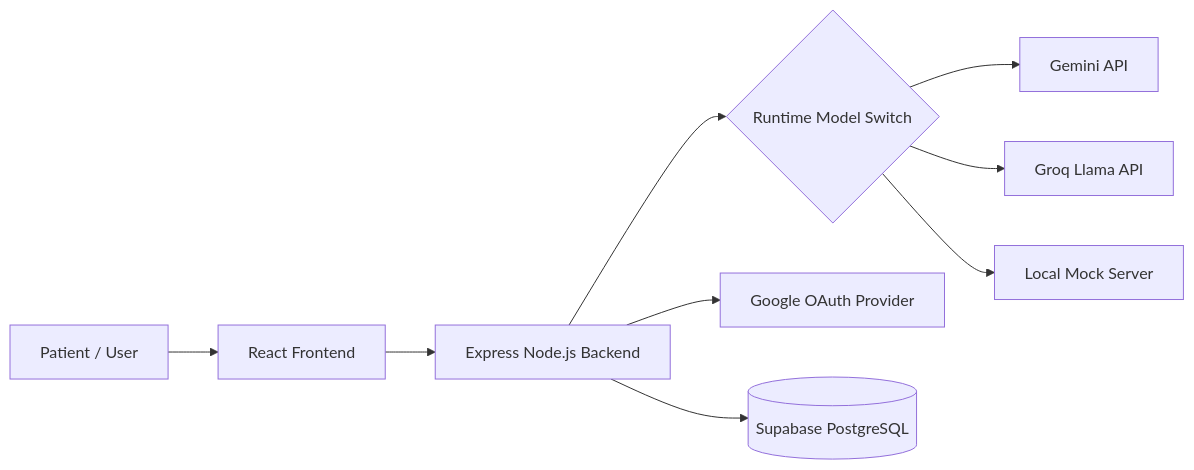
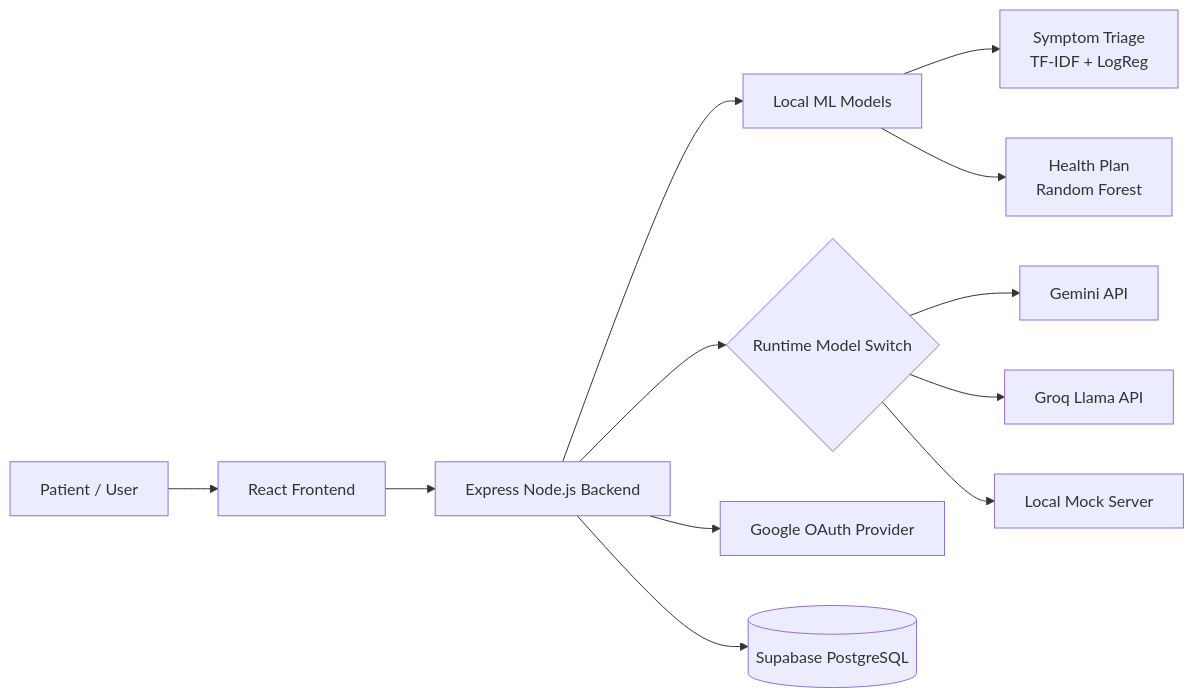
One commit to DarkKnight765/mediRAG_ changed the diagram in README.md. Above: the diagram before and after it, drawn with Mermaid. The commit also changed other lines of this file, not shown here.

````diff
--- a/README.md
+++ b/README.md
@@ -71,13 +72,17 @@
 ```mermaid
 flowchart LR
   U[Patient / User] --> F[React Frontend]
   F --> B[Express Node.js Backend]
+  
+  B --> ML[Local ML Models]
+  ML --> CLF[Symptom Triage\nTF-IDF + LogReg]
+  ML --> REC[Health Plan\nRandom Forest]
   
   B --> M{Runtime Model Switch}
   M --> G[Gemini API]
   M --> Q[Groq Llama API]
   M --> L[Local Mock Server]
   
   B --> Auth[Google OAuth Provider]
   B --> DB[(Supabase PostgreSQL)]
 ```
````
